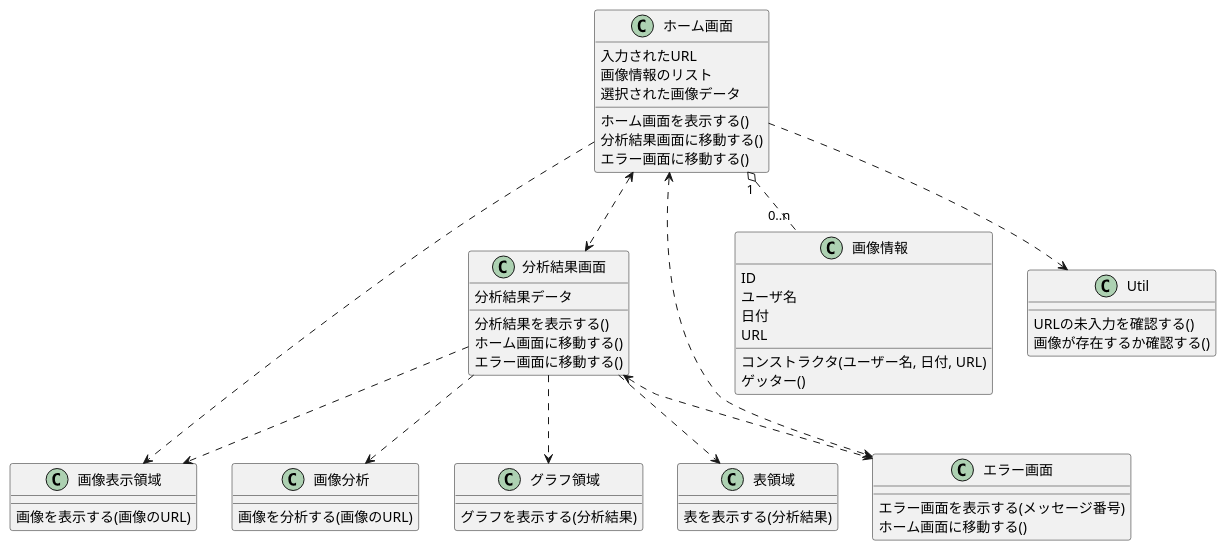
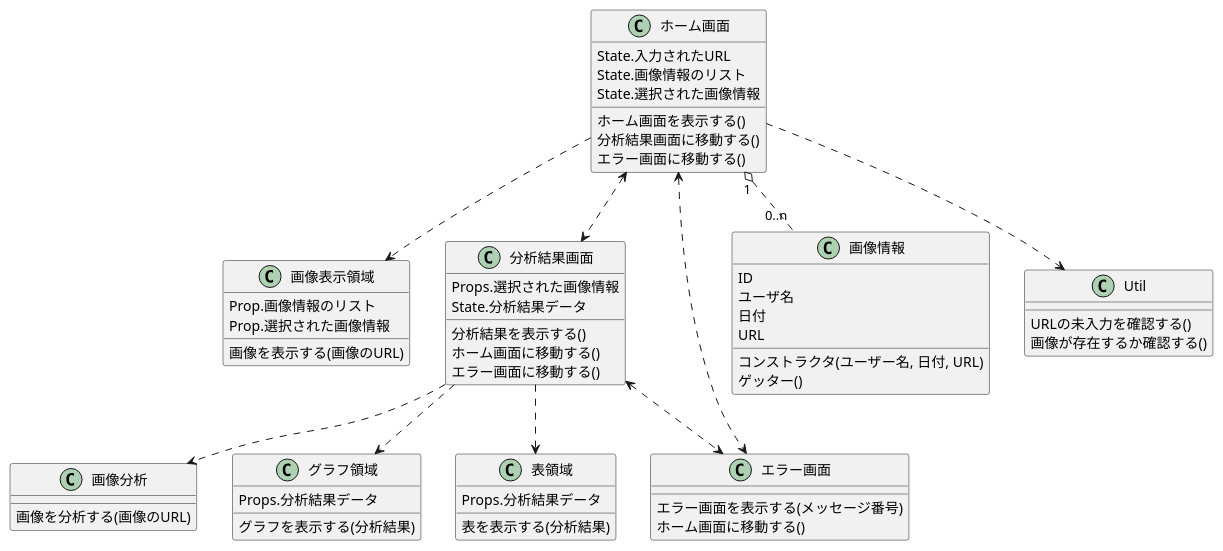
The diagram in uml/classDiag.pu (nishikawa1114/FaceEmotionSystem), drawn with PlantUML before and after one commit.

Commit message:
クラス図にState,Propsの表記を追加

```diff
--- a/uml/classDiag.pu
+++ b/uml/classDiag.pu
@@ -1,65 +1,69 @@
 @startuml Face Emotion
 
 class ホーム画面 {
-    入力されたURL
-    画像情報のリスト
-    選択された画像データ
+    State.入力されたURL
+    State.画像情報のリスト
+    State.選択された画像情報
     ホーム画面を表示する()
     分析結果画面に移動する()
     エラー画面に移動する()
 }
 
 class 画像表示領域 {
+    Prop.画像情報のリスト
+    Prop.選択された画像情報
     画像を表示する(画像のURL)
 }
 
 class 分析結果画面 {
-    分析結果データ
+    Props.選択された画像情報
+    State.分析結果データ
     分析結果を表示する()
     ホーム画面に移動する()
     エラー画面に移動する()
 }
 
 class 画像分析 {
     画像を分析する(画像のURL)
 }
 
 class グラフ領域 {
+    Props.分析結果データ
     グラフを表示する(分析結果)
 }
 
 class 表領域 {
+    Props.分析結果データ
     表を表示する(分析結果)
 }
 
 class エラー画面 {
     エラー画面を表示する(メッセージ番号)
     ホーム画面に移動する()
 }
 
 class 画像情報 {
     ID
     ユーザ名
     日付
     URL
     コンストラクタ(ユーザー名, 日付, URL)
     ゲッター()
 }
 
 class Util {
     URLの未入力を確認する()
     画像が存在するか確認する()
 }
 
 ホーム画面 "1" o.. "0..n" 画像情報
 ホーム画面 ..> Util
 ホーム画面 ..> 画像表示領域
 ホーム画面 <..> エラー画面
 ホーム画面 <..> 分析結果画面
 分析結果画面 ..> 画像分析
-分析結果画面 ..> 画像表示領域
 分析結果画面 ..> グラフ領域
 分析結果画面 ..> 表領域
 分析結果画面 <..> エラー画面
 
 @enduml
```
